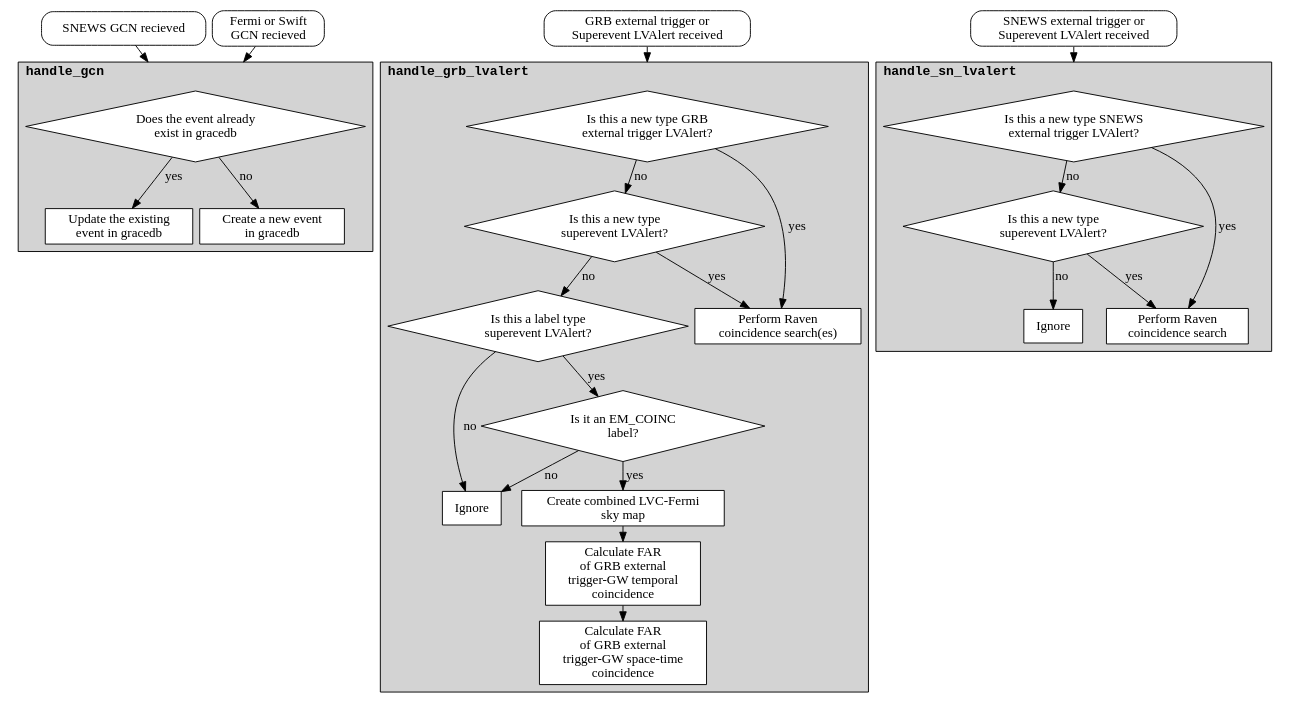
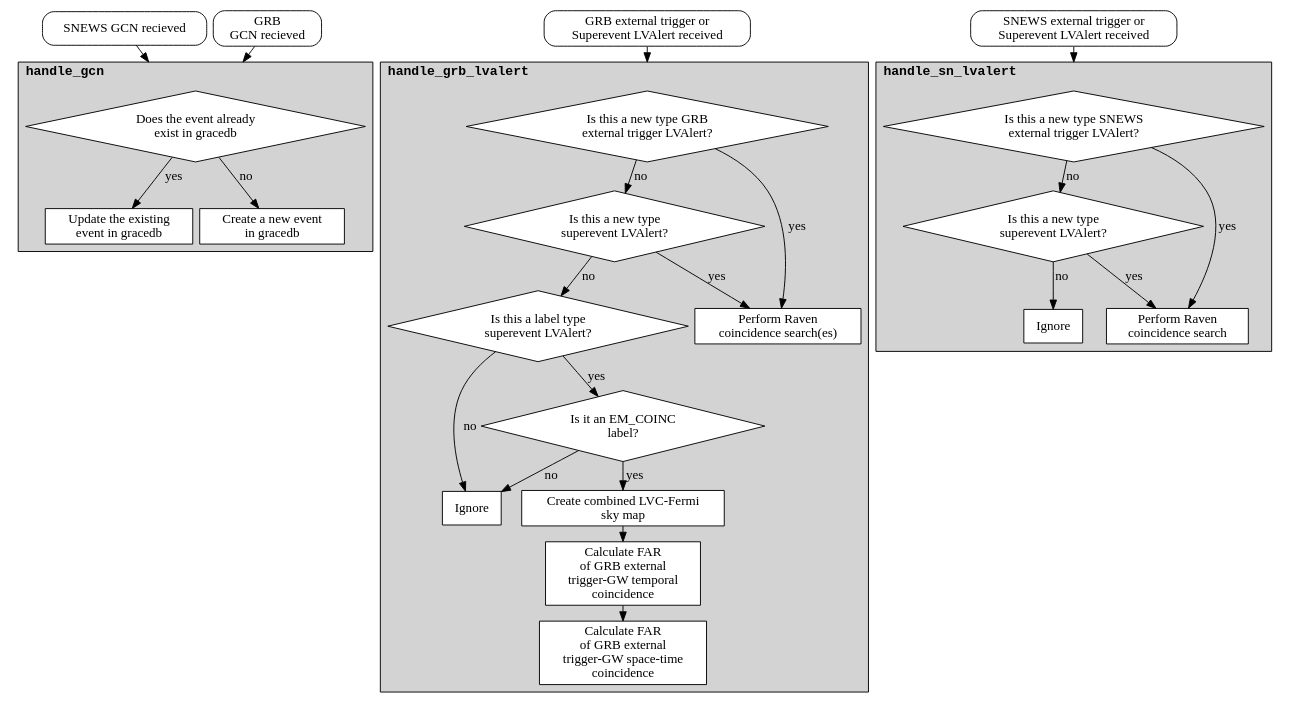
The diagram in doc/gwcelery.tasks.external_triggers.rst (lpsinger/gwcelery), drawn with Graphviz before and after one commit. The commit also changed other lines of this file and 8 other files, not shown here.

```diff
--- a/doc/gwcelery.tasks.external_triggers.rst
+++ b/doc/gwcelery.tasks.external_triggers.rst
@@ -50,9 +50,9 @@
         label="SNEWS GCN recieved"
     ]
 
-    Fermi_Swift_GCN [
+    GRB_GCN [
         style="rounded"
-        label="Fermi or Swift\nGCN recieved"
+        label="GRB\nGCN recieved"
     ]
 
     subgraph cluster_gcn_handle {
@@ -77,7 +77,7 @@
         lhead = cluster_gcn_handle
     ]
 
-    Fermi_Swift_GCN -> Event_exists_in_Gracedb [
+    GRB_GCN -> Event_exists_in_Gracedb [
         lhead = cluster_gcn_handle
     ]
 
```
